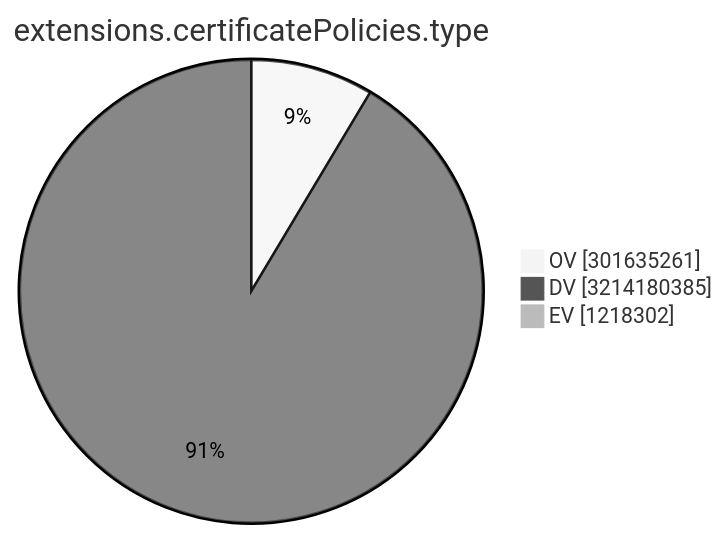
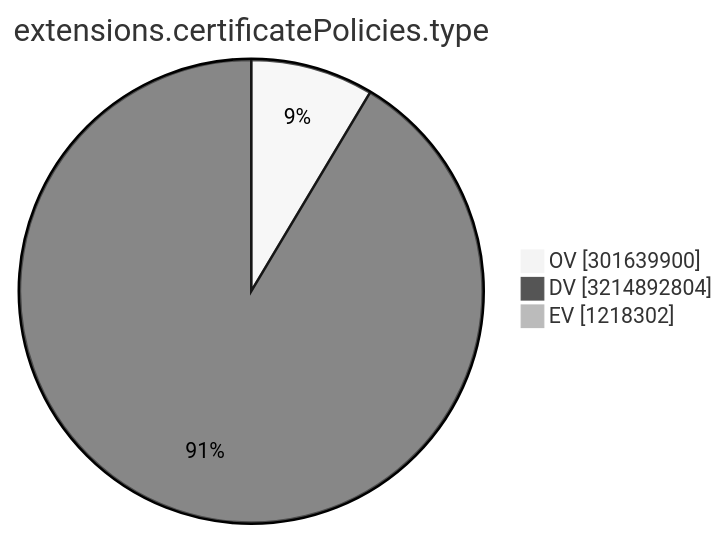
Before and after one commit to christiankrug/ctmonitor_visualization: the ninth of 15 diagrams in TOTAL/README.md, drawn with Mermaid (neutral theme). The commit also changed other lines of this file, not shown here.

````diff
--- a/TOTAL/README.md
+++ b/TOTAL/README.md
@@ -3106,7 +3106,7 @@
 ```mermaid
 pie showData
 title extensions.certificatePolicies.type
-"OV" :301635261
-"DV" :3214180385
+"OV" :301639900
+"DV" :3214892804
 "EV" :1218302
 ```
````
